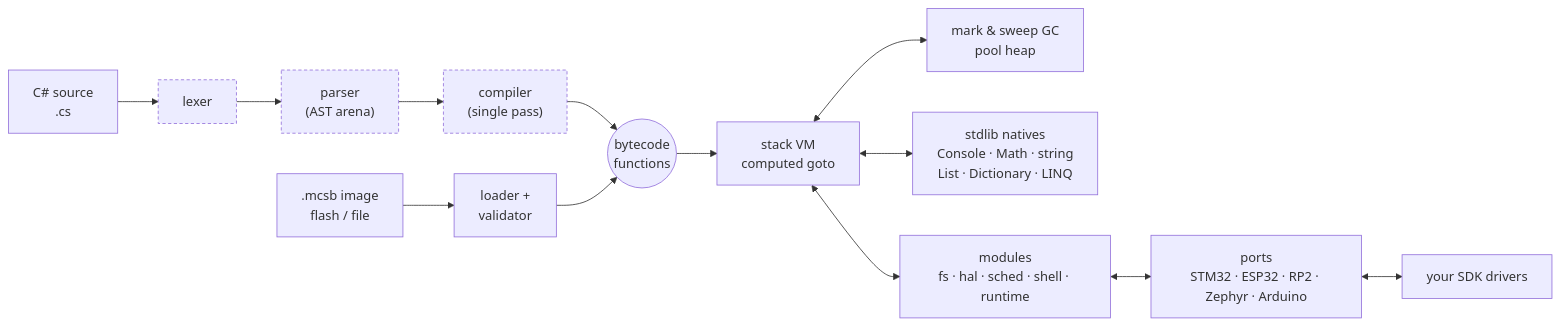
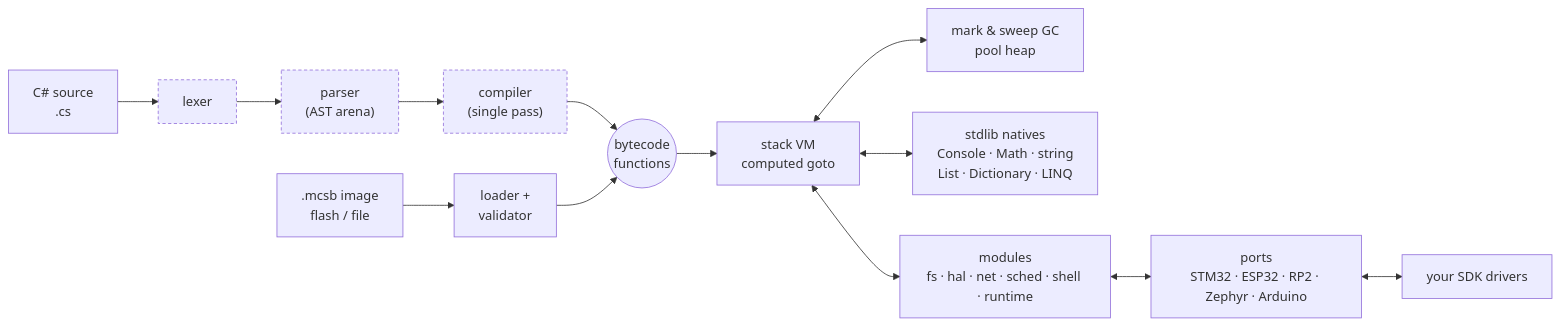
One commit to amir1387aht/MicroCS changed the diagram in README.md. Above: the diagram before and after it, drawn with Mermaid. The commit also changed other lines of this file and 19 other files, not shown here.

````diff
--- a/README.md
+++ b/README.md
@@ -516,15 +557,15 @@
 ```mermaid
 flowchart LR
     SRC["C# source<br/>.cs"] --> LEX[lexer] --> PAR["parser<br/>(AST arena)"] --> CMP["compiler<br/>(single pass)"]
     IMG[".mcsb image<br/>flash / file"] --> LOAD["loader +<br/>validator"]
     CMP --> FN(("bytecode<br/>functions"))
     LOAD --> FN
     FN --> VM["stack VM<br/>computed goto"]
     VM <--> GC["mark & sweep GC<br/>pool heap"]
     VM <--> LIB["stdlib natives<br/>Console · Math · string<br/>List · Dictionary · LINQ"]
-    VM <--> MOD["modules<br/>fs · hal · sched · shell · runtime"]
+    VM <--> MOD["modules<br/>fs · hal · net · sched · shell · runtime"]
     MOD <--> PORT["ports<br/>STM32 · ESP32 · RP2 · Zephyr · Arduino"]
     PORT <--> SDK["your SDK drivers"]
     classDef opt stroke-dasharray: 4 3
     class LEX,PAR,CMP opt
 ```
````
